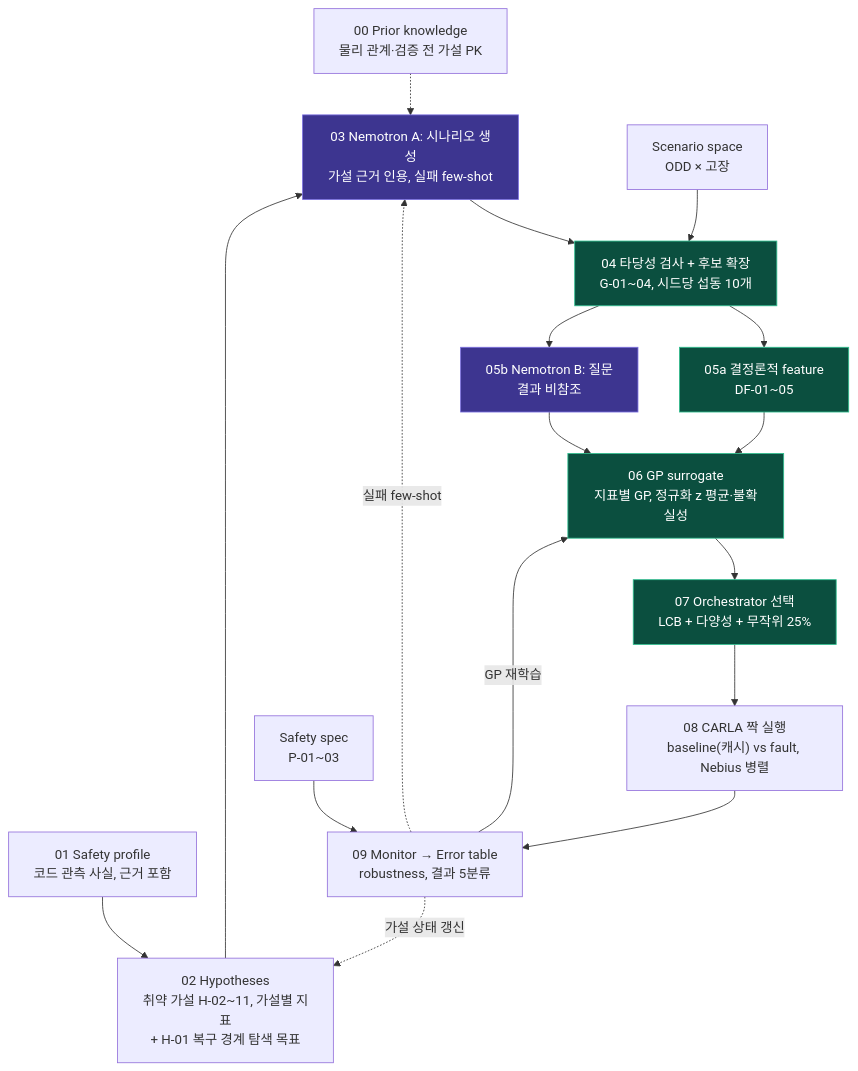
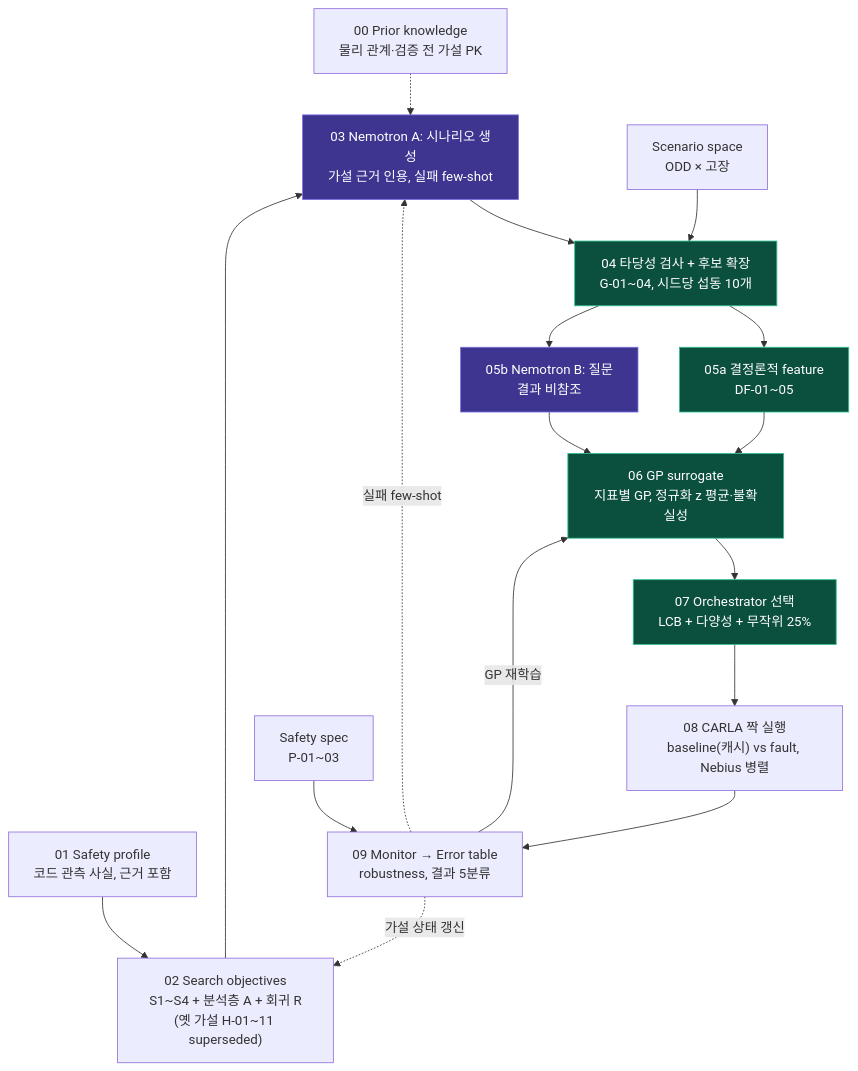
One commit to yoonju04/SIL_HACKATHON changed the diagram in pipeline/README.md. Above: the diagram before and after it, drawn with Mermaid. The commit also changed other lines of this file and 15 other files, not shown here.

First line of the commit message:
Restructure hypotheses into S-set search objectives; add trigger_source and extended baseline key

````diff
--- a/pipeline/README.md
+++ b/pipeline/README.md
@@ -5,25 +5,25 @@
 ```mermaid
 flowchart TD
     PK["00 Prior knowledge<br/>물리 관계·검증 전 가설 PK"] -.-> NA
     SP["01 Safety profile<br/>코드 관측 사실, 근거 포함"] --> HY
-    HY["02 Hypotheses<br/>취약 가설 H-02~11, 가설별 지표<br/>+ H-01 복구 경계 탐색 목표"] --> NA
+    HY["02 Search objectives<br/>S1~S4 + 분석층 A + 회귀 R<br/>(옛 가설 H-01~11 superseded)"] --> NA
     NA["03 Nemotron A: 시나리오 생성<br/>가설 근거 인용, 실패 few-shot"] --> FE
     SS["Scenario space<br/>ODD × 고장"] --> FE
     FE["04 타당성 검사 + 후보 확장<br/>G-01~04, 시드당 섭동 10개"] --> DF & NB
     DF["05a 결정론적 feature<br/>DF-01~05"] --> GP
     NB["05b Nemotron B: 질문<br/>결과 비참조"] --> GP
     GP["06 GP surrogate<br/>지표별 GP, 정규화 z 평균·불확실성"] --> OR
     OR["07 Orchestrator 선택<br/>LCB + 다양성 + 무작위 25%"] --> CR
     CR["08 CARLA 짝 실행<br/>baseline(캐시) vs fault, Nebius 병렬"] --> MO
     SPEC["Safety spec<br/>P-01~03"] --> MO
     MO["09 Monitor → Error table<br/>robustness, 결과 5분류"]
 
     MO -- "GP 재학습" --> GP
     MO -. "실패 few-shot" .-> NA
     MO -. "가설 상태 갱신" .-> HY
 
     classDef nemotron fill:#3d3590,stroke:#7b70e0,color:#fff
     classDef det fill:#0b4f3f,stroke:#2fbf8f,color:#fff
     class NA,NB nemotron
     class FE,DF,GP,OR det
 ```
````
